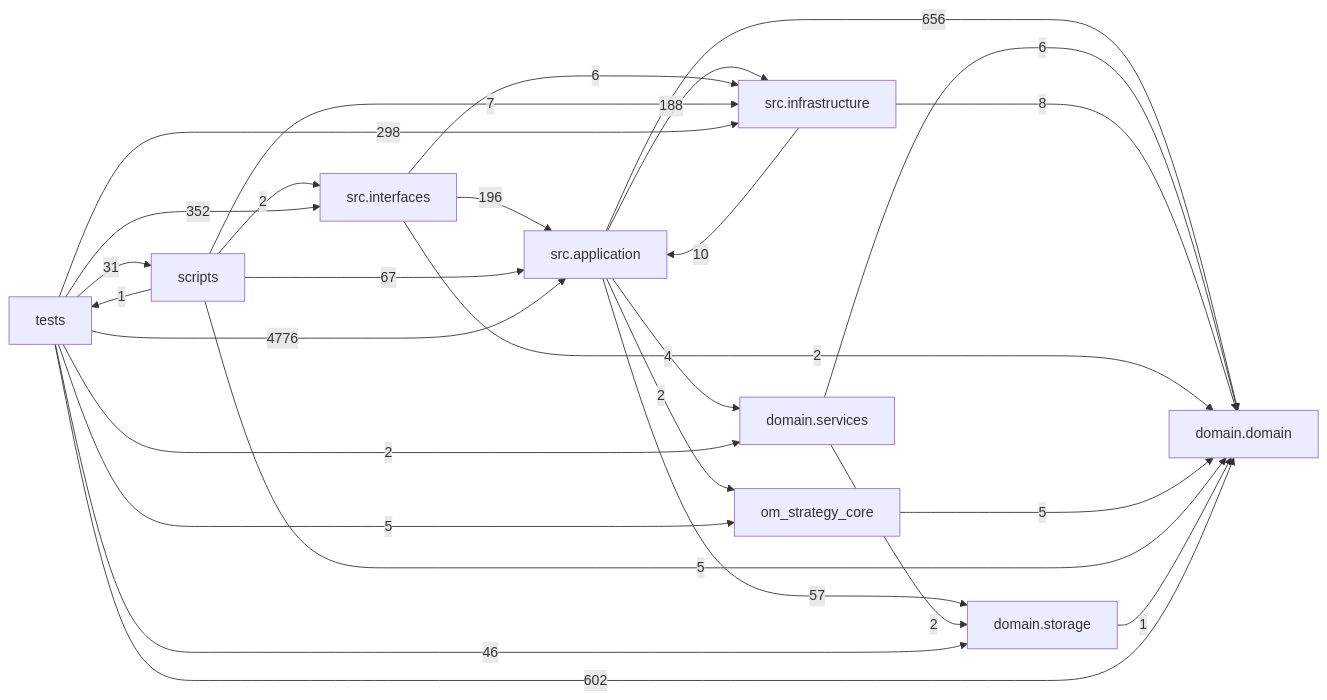
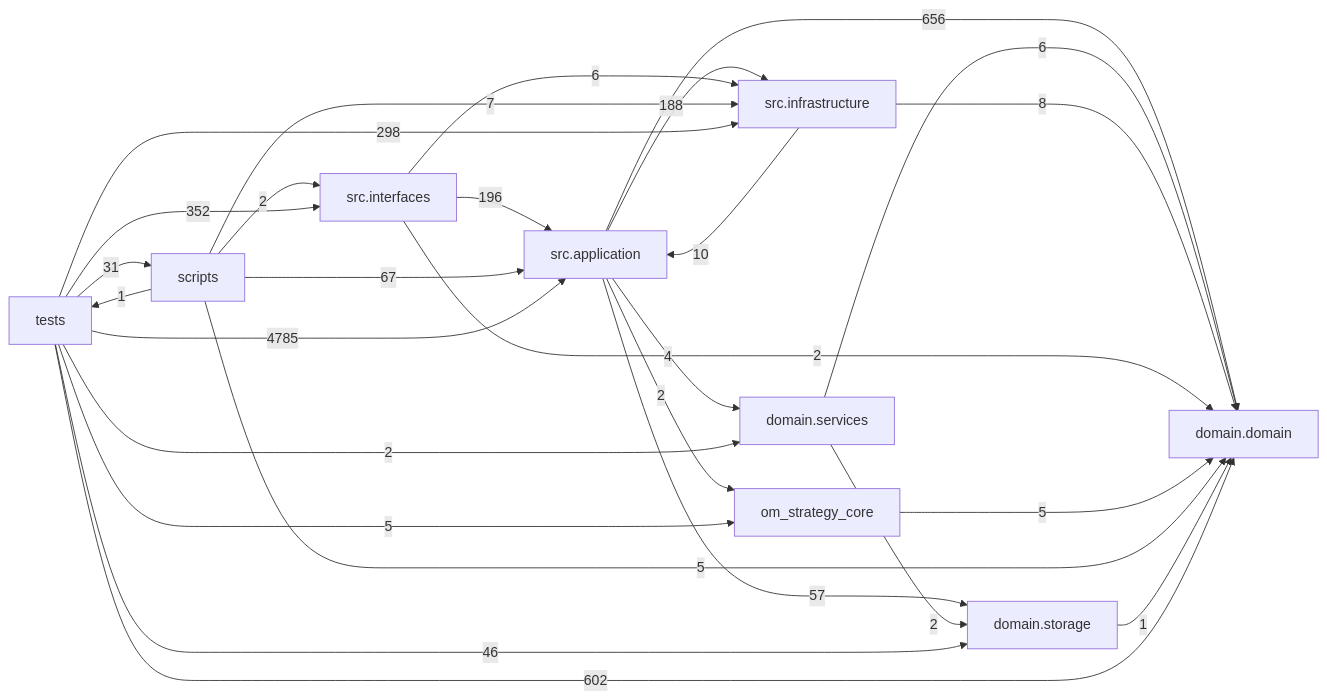
The diagram in docs/DEPENDENCY_GRAPH.md (liuxie066/options-monitor), drawn with Mermaid before and after one commit. The commit also changed other lines of this file and 4 other files, not shown here.

````diff
--- a/docs/DEPENDENCY_GRAPH.md
+++ b/docs/DEPENDENCY_GRAPH.md
@@ -24,38 +24,38 @@
 ```mermaid
 flowchart LR
   tests["tests"]
   scripts["scripts"]
   interfaces["src.interfaces"]
   application["src.application"]
   infrastructure["src.infrastructure"]
   domain_services["domain.services"]
   domain["domain.domain"]
   storage["domain.storage"]
   application -->|656| domain
   application -->|4| domain_services
   application -->|188| infrastructure
   application -->|2| om_strategy_core
   application -->|57| storage
   domain_services -->|6| domain
   domain_services -->|2| storage
   infrastructure -->|10| application
   infrastructure -->|8| domain
   interfaces -->|196| application
   interfaces -->|2| domain
   interfaces -->|6| infrastructure
   om_strategy_core -->|5| domain
   scripts -->|67| application
   scripts -->|5| domain
   scripts -->|7| infrastructure
   scripts -->|2| interfaces
   scripts -->|1| tests
   storage -->|1| domain
-  tests -->|4776| application
+  tests -->|4785| application
   tests -->|602| domain
   tests -->|2| domain_services
   tests -->|298| infrastructure
   tests -->|352| interfaces
   tests -->|5| om_strategy_core
   tests -->|31| scripts
   tests -->|46| storage
 ```
````
